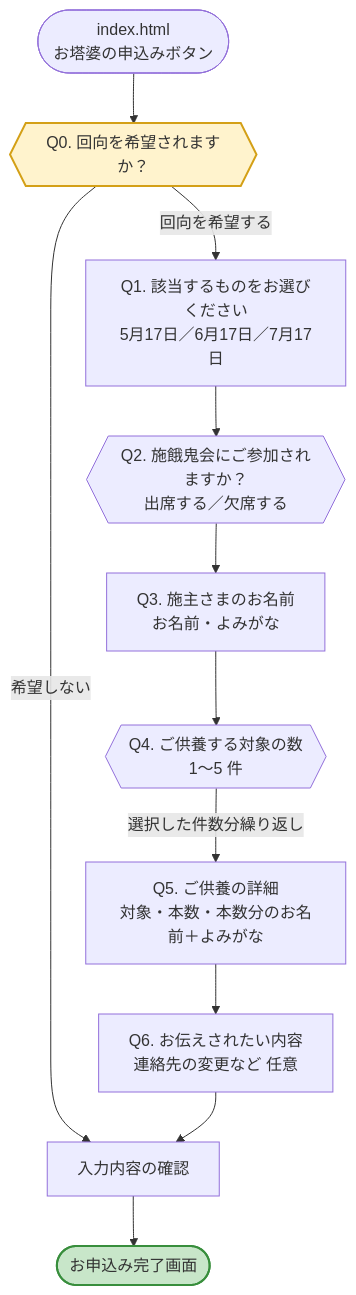
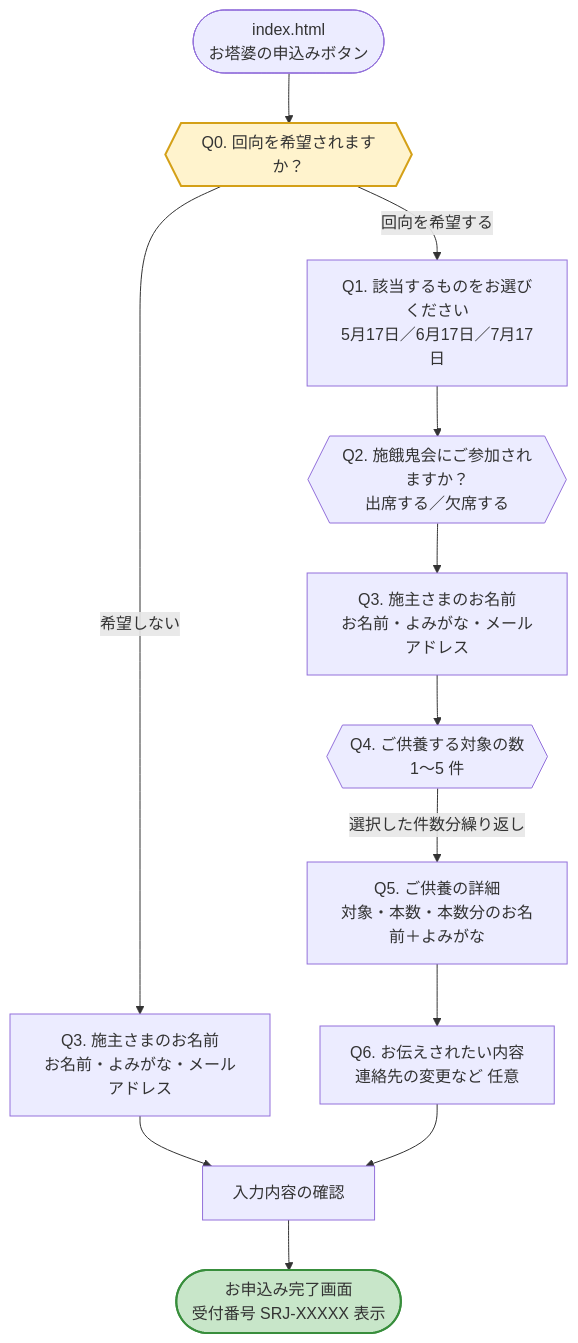
The first of 2 diagrams in shoraku-ji/flow-map.md (haz-syuu-go/Syuu-go-line-pages), drawn with Mermaid before and after one commit. The commit also changed other lines of this file and 1 other file, not shown here.

````diff
--- a/shoraku-ji/flow-map.md
+++ b/shoraku-ji/flow-map.md
@@ -5,19 +5,21 @@
 ```mermaid
 flowchart TD
     Start([index.html<br/>お塔婆の申込みボタン]) --> Q0{{Q0. 回向を希望されますか？}}
 
-    Q0 -->|希望しない| Conf[入力内容の確認]
+    Q0 -->|希望しない| Q3n[Q3. 施主さまのお名前<br/>お名前・よみがな・メールアドレス]
     Q0 -->|回向を希望する| Q1[Q1. 該当するものをお選びください<br/>5月17日／6月17日／7月17日]
 
     Q1 --> Q2{{Q2. 施餓鬼会にご参加されますか？<br/>出席する／欠席する}}
-    Q2 --> Q3[Q3. 施主さまのお名前<br/>お名前・よみがな]
-    Q3 --> Q4{{Q4. ご供養する対象の数<br/>1〜5 件}}
+    Q2 --> Q3y[Q3. 施主さまのお名前<br/>お名前・よみがな・メールアドレス]
+    Q3y --> Q4{{Q4. ご供養する対象の数<br/>1〜5 件}}
     Q4 -->|選択した件数分繰り返し| Q5[Q5. ご供養の詳細<br/>対象・本数・本数分のお名前＋よみがな]
     Q5 --> Q6[Q6. お伝えされたい内容<br/>連絡先の変更など 任意]
+
+    Q3n --> Conf[入力内容の確認]
     Q6 --> Conf
 
-    Conf --> Done([お申込み完了画面])
+    Conf --> Done([お申込み完了画面<br/>受付番号 SRJ-XXXXX 表示])
 
     style Q0 fill:#FFF3CD,stroke:#D4A017,stroke-width:2px
     style Done fill:#C8E6C9,stroke:#388E3C,stroke-width:2px
 ```
````
